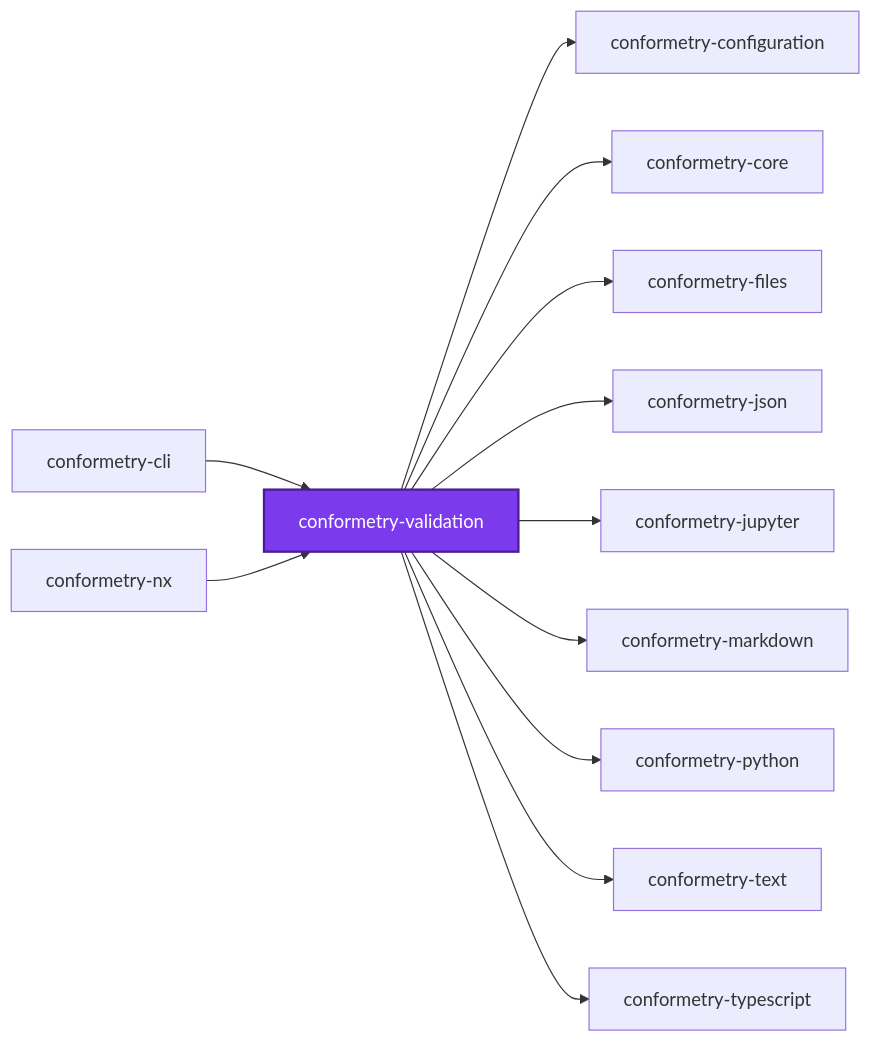
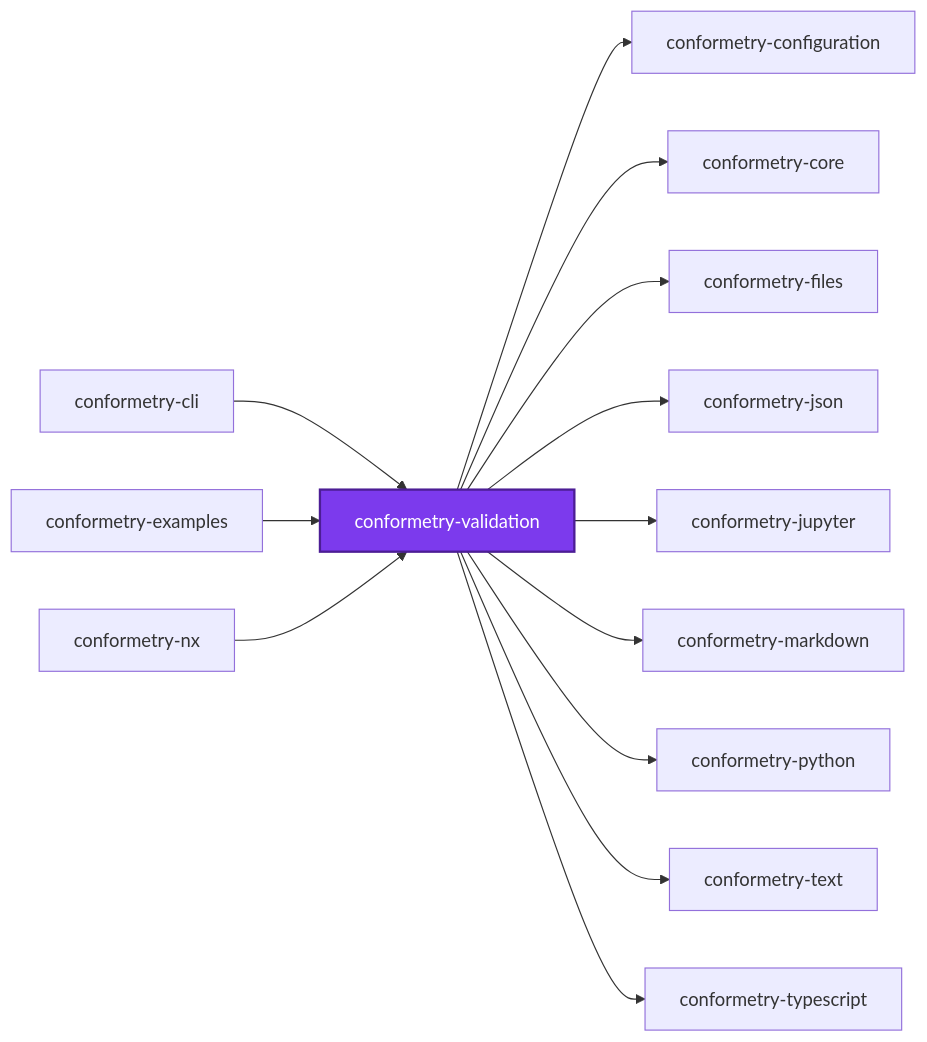
One commit to JimmyPaolini/codebase changed the first of 3 diagrams in packages/conformetry-validation/README.md. Above: the diagram before and after it, drawn with Mermaid. The commit also changed 25 other files, not shown here.

````diff
--- a/packages/conformetry-validation/README.md
+++ b/packages/conformetry-validation/README.md
@@ -169,28 +169,30 @@
 ```mermaid
 graph LR
   conformetry_cli["conformetry-cli"]
   conformetry_configuration["conformetry-configuration"]
   conformetry_core["conformetry-core"]
+  conformetry_examples["conformetry-examples"]
   conformetry_files["conformetry-files"]
   conformetry_json["conformetry-json"]
   conformetry_jupyter["conformetry-jupyter"]
   conformetry_markdown["conformetry-markdown"]
   conformetry_nx["conformetry-nx"]
   conformetry_python["conformetry-python"]
   conformetry_text["conformetry-text"]
   conformetry_typescript["conformetry-typescript"]
   conformetry_validation["conformetry-validation"]
   conformetry_cli --> conformetry_validation
+  conformetry_examples --> conformetry_validation
   conformetry_nx --> conformetry_validation
   conformetry_validation --> conformetry_configuration
   conformetry_validation --> conformetry_core
   conformetry_validation --> conformetry_files
   conformetry_validation --> conformetry_json
   conformetry_validation --> conformetry_jupyter
   conformetry_validation --> conformetry_markdown
   conformetry_validation --> conformetry_python
   conformetry_validation --> conformetry_text
   conformetry_validation --> conformetry_typescript
   classDef subject fill:#7c3aed,color:#fff,stroke:#4c1d95,stroke-width:2px
   class conformetry_validation subject
 ```
````
